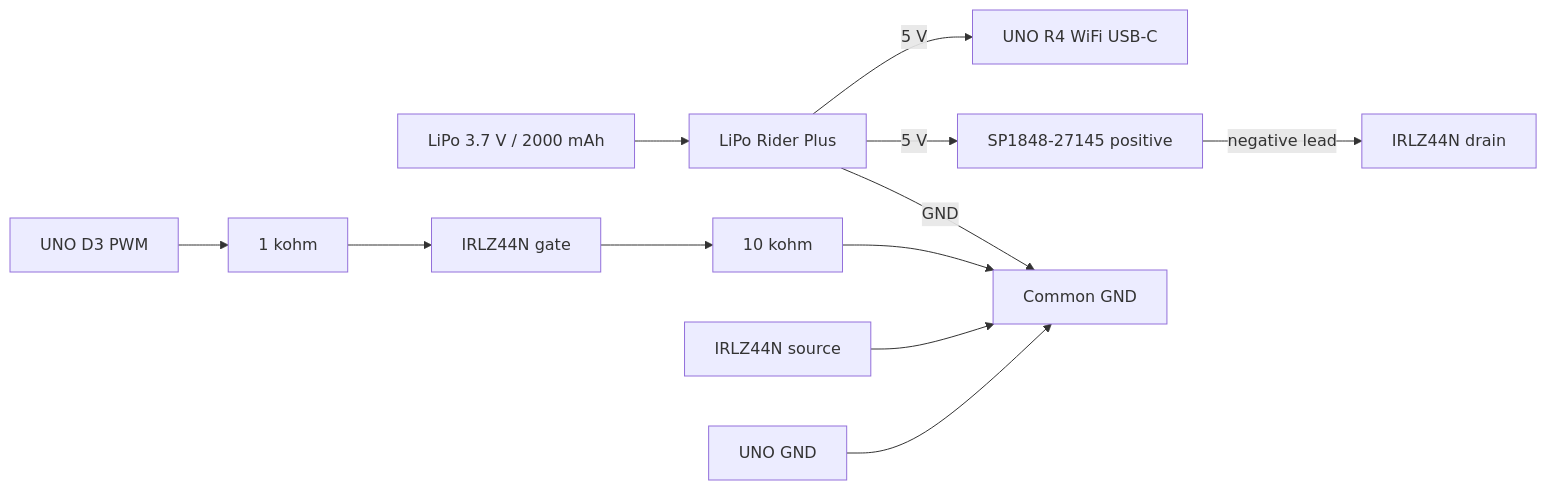
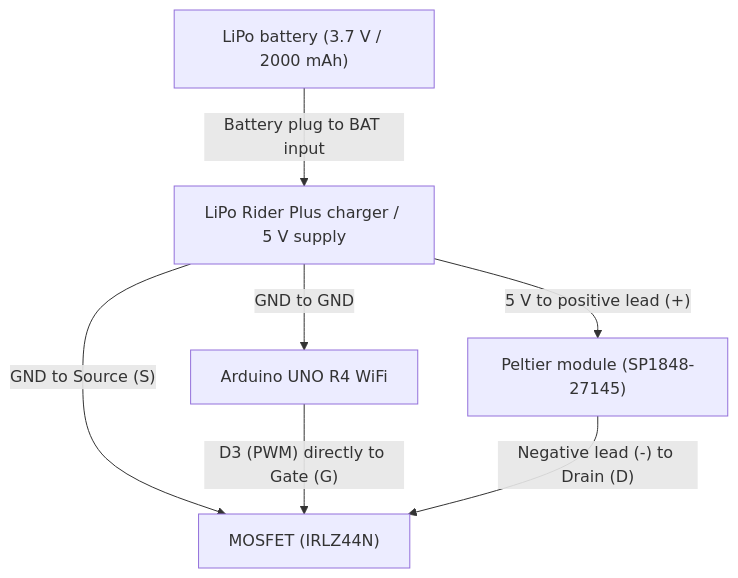
Before and after one commit to nullyks/haptell-devices: the diagram in schematics/haptell-06-peltier/diagram.md, drawn with Mermaid. The commit also changed other lines of this file and 19 other files, not shown here.

````diff
--- a/schematics/haptell-06-peltier/diagram.md
+++ b/schematics/haptell-06-peltier/diagram.md
@@ -23,12 +6,15 @@
 ```mermaid
-flowchart LR
-  battery["LiPo 3.7 V / 2000 mAh"] --> rider["LiPo Rider Plus"]
-  rider -->|"5 V"| usb["UNO R4 WiFi USB-C"]
-  rider -->|"5 V"| tec["SP1848-27145 positive"]
-  tec -->|"negative lead"| drain["IRLZ44N drain"]
-  d3["UNO D3 PWM"] --> resistor["1 kohm"] --> gate["IRLZ44N gate"]
-  gate --> pulldown["10 kohm"] --> ground["Common GND"]
-  source["IRLZ44N source"] --> ground
-  rider -->|"GND"| ground
-  unoGround["UNO GND"] --> ground
+flowchart TB
+  battery["LiPo battery (3.7 V / 2000 mAh)"]
+  charger["LiPo Rider Plus charger / 5 V supply"]
+  arduino["Arduino UNO R4 WiFi"]
+  peltier["Peltier module (SP1848-27145)"]
+  mosfet["MOSFET (IRLZ44N)"]
+
+  battery -->|"Battery plug to BAT input"| charger
+  charger -->|"GND to GND"| arduino
+  charger -->|"5 V to positive lead (+)"| peltier
+  charger -->|"GND to Source (S)"| mosfet
+  arduino -->|"D3 (PWM) directly to Gate (G)"| mosfet
+  peltier -->|"Negative lead (-) to Drain (D)"| mosfet
 ```
````
